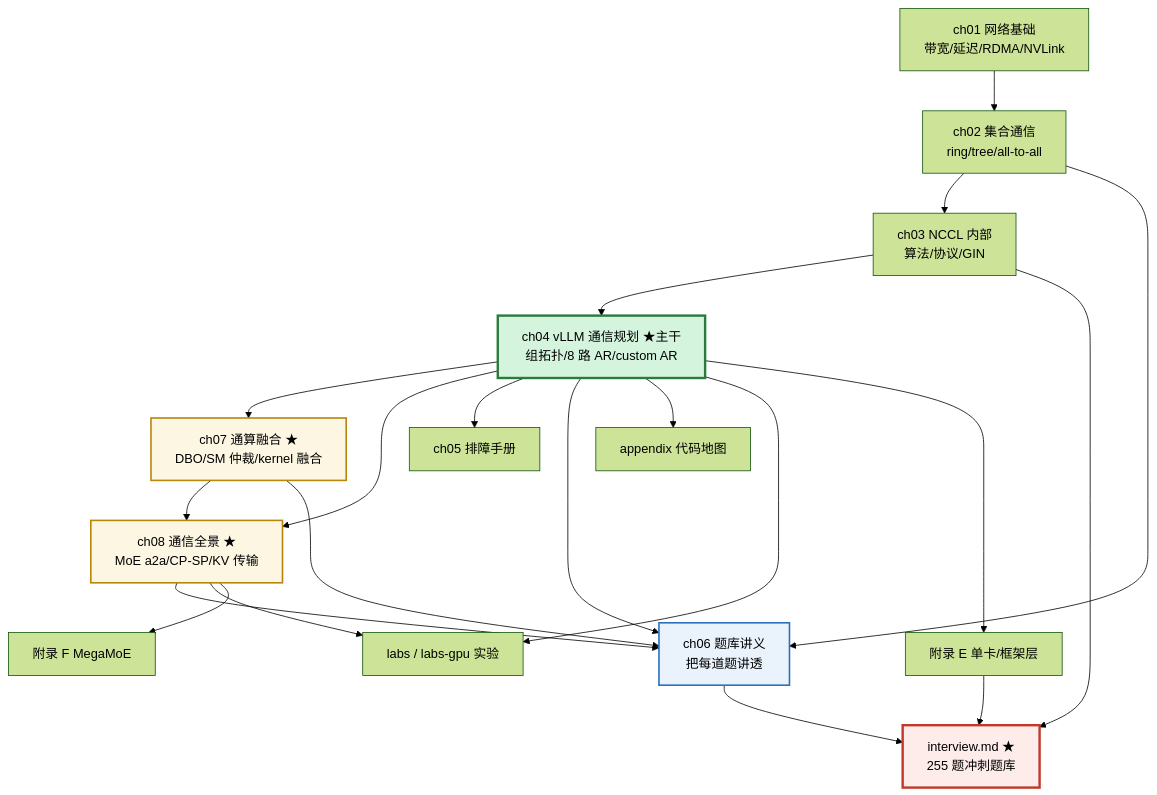
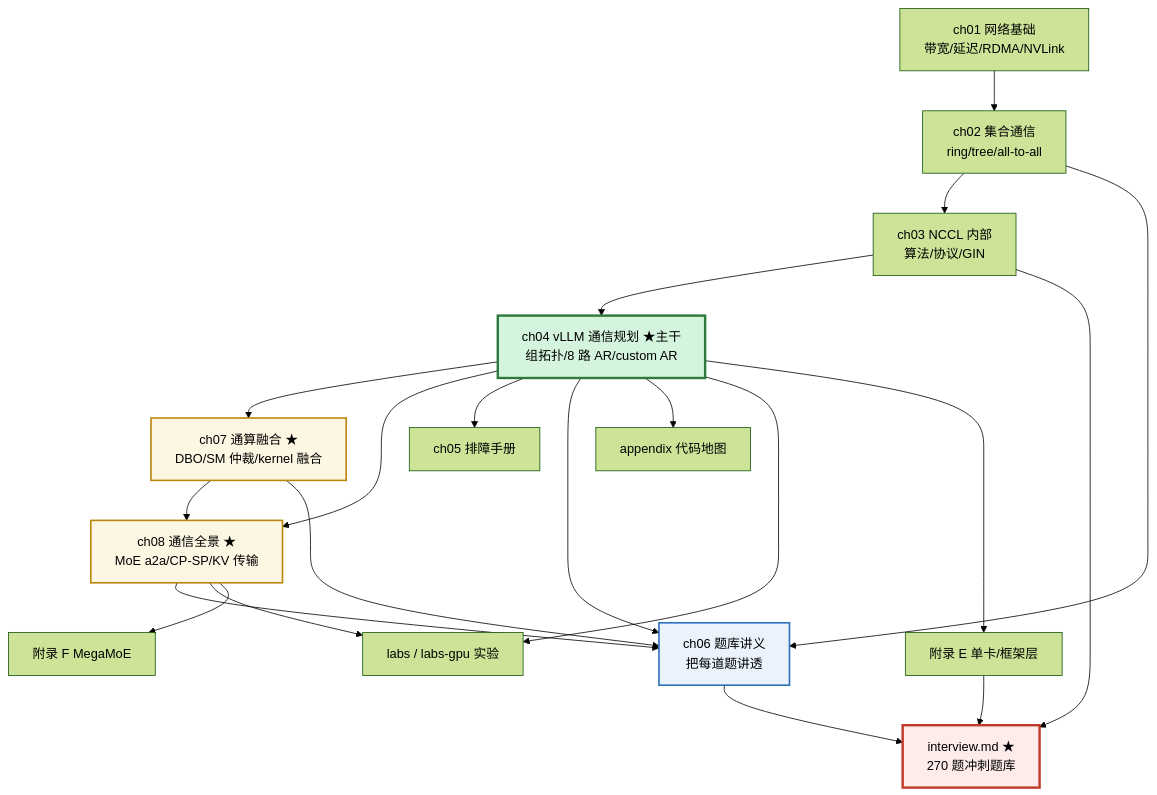
The first of 2 diagrams in net-nccl-tutorial/README.md (jeffaa729/inference), drawn with Mermaid (forest theme) before and after one commit. The commit also changed other lines of this file and 5 other files, not shown here.

````diff
--- a/net-nccl-tutorial/README.md
+++ b/net-nccl-tutorial/README.md
@@ -167,40 +167,40 @@
 ```mermaid
 flowchart TD
     CH1["ch01 网络基础<br/>带宽/延迟/RDMA/NVLink"]
     CH2["ch02 集合通信<br/>ring/tree/all-to-all"]
     CH3["ch03 NCCL 内部<br/>算法/协议/GIN"]
     CH4["ch04 vLLM 通信规划 ★主干<br/>组拓扑/8 路 AR/custom AR"]
     CH7["ch07 通算融合 ★<br/>DBO/SM 仲裁/kernel 融合"]
     CH8["ch08 通信全景 ★<br/>MoE a2a/CP-SP/KV 传输"]
     CH5["ch05 排障手册"]
     CH6["ch06 题库讲义<br/>把每道题讲透"]
-    IV["interview.md ★<br/>255 题冲刺题库"]
+    IV["interview.md ★<br/>270 题冲刺题库"]
     APP["appendix 代码地图"]
     LAB["labs / labs-gpu 实验"]
     APE["附录 E 单卡/框架层"]
     APF["附录 F MegaMoE"]
 
     CH1 --> CH2 --> CH3 --> CH4
     CH4 --> CH7
     CH4 --> CH8
     CH4 --> CH5
     CH7 --> CH8
     CH2 --> CH6
     CH4 --> CH6
     CH7 --> CH6
     CH8 --> CH6
     CH4 --> APP
     CH4 --> LAB
     CH8 --> LAB
     CH4 --> APE
     CH8 --> APF
     APE --> IV
     CH3 --> IV
     CH6 --> IV
 
     style CH4 fill:#d4f4dd,stroke:#2d7a3e,stroke-width:3px
     style CH7 fill:#fdf6e3,stroke:#b8860b,stroke-width:2px
     style CH8 fill:#fdf6e3,stroke:#b8860b,stroke-width:2px
     style CH6 fill:#eaf2fb,stroke:#2c6fbb,stroke-width:2px
     style IV fill:#fdecea,stroke:#c0392b,stroke-width:3px
 ```
````
